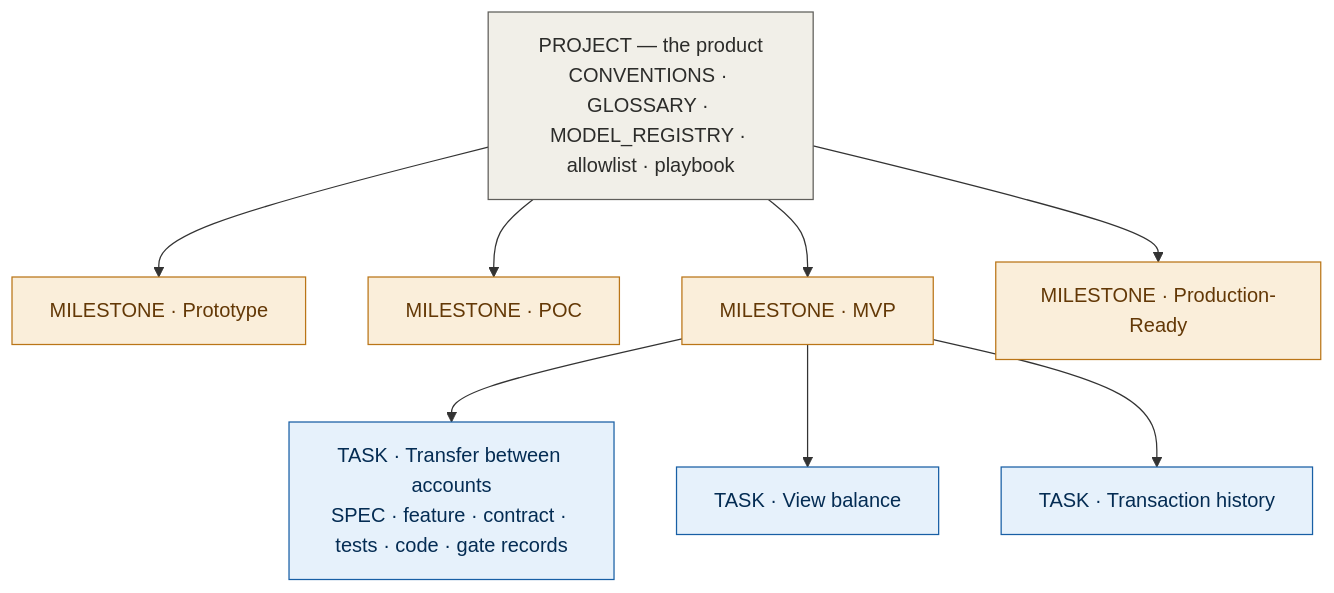
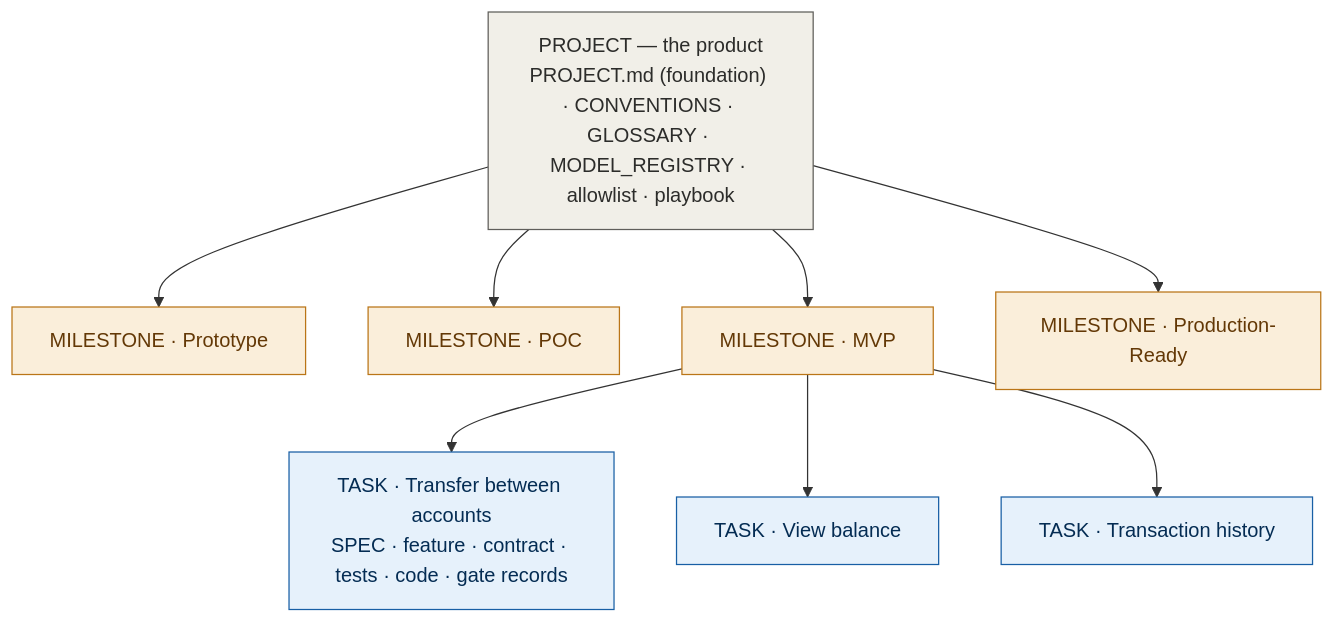
One commit to imnortheastt/ADD changed the diagram in appendix-f-requirements-matrix.md. Above: the diagram before and after it, drawn with Mermaid. The commit also changed other lines of this file and 21 other files, not shown here.

First line of the commit message:
feat(add): cross-milestone foundation (PROJECT.md) + UI/UX-correct DDD/SDD/UDD

````diff
--- a/appendix-f-requirements-matrix.md
+++ b/appendix-f-requirements-matrix.md
@@ -21,15 +21,15 @@
 ```mermaid
 flowchart TD
-  P["PROJECT — the product<br/>CONVENTIONS · GLOSSARY · MODEL_REGISTRY · allowlist · playbook"]
+  P["PROJECT — the product<br/>PROJECT.md (foundation) · CONVENTIONS · GLOSSARY · MODEL_REGISTRY · allowlist · playbook"]
   P --> M1["MILESTONE · Prototype"]
   P --> M2["MILESTONE · POC"]
   P --> M3["MILESTONE · MVP"]
   P --> M4["MILESTONE · Production-Ready"]
   M3 --> T1["TASK · Transfer between accounts<br/>SPEC · feature · contract · tests · code · gate records"]
   M3 --> T2["TASK · View balance"]
   M3 --> T3["TASK · Transaction history"]
   classDef p fill:#F1EFE8,stroke:#5F5E5A,color:#2C2C2A;
   classDef m fill:#FAEEDA,stroke:#BA7517,color:#633806;
   classDef t fill:#E6F1FB,stroke:#185FA5,color:#042C53;
   class P p; class M1,M2,M3,M4 m; class T1,T2,T3 t;
 ```
````
